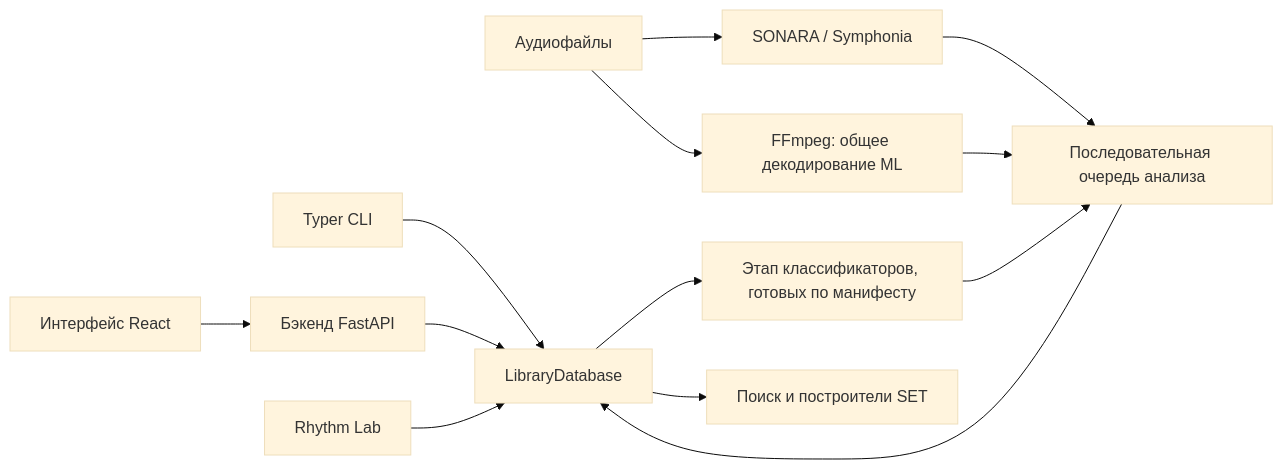
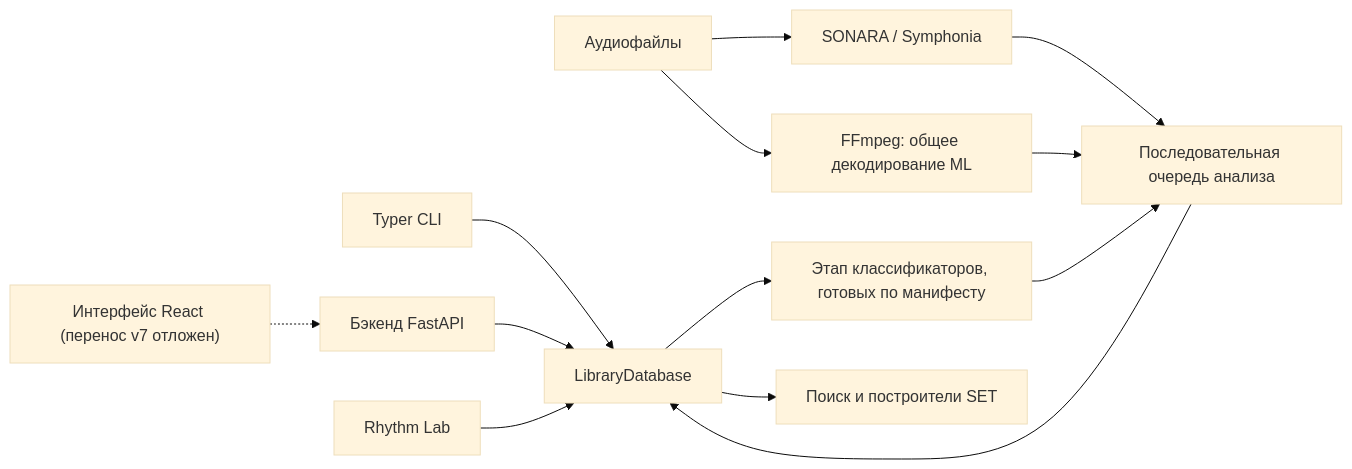
Before and after one commit to MeteorBurn/dj-track-similarity: the diagram in docs/dj-track-similarity/ru/developer/architecture.md, drawn with Mermaid (base theme). The commit also changed other lines of this file and 286 other files, not shown here.

Commit message:
Activate greenfield v7 storage architecture

````diff
--- a/docs/dj-track-similarity/ru/developer/architecture.md
+++ b/docs/dj-track-similarity/ru/developer/architecture.md
@@ -9,15 +9,15 @@
 ```mermaid
 flowchart LR
     CLI[Typer CLI] --> DB[LibraryDatabase]
     API[Бэкенд FastAPI] --> DB
-    UI[Интерфейс React] --> API
+    UI["Интерфейс React (перенос v7 отложен)"] -.-> API
     Audio[Аудиофайлы] --> Sonara[SONARA / Symphonia]
     Audio --> FFmpeg[FFmpeg: общее декодирование ML]
     Sonara --> Queue[Последовательная очередь анализа]
     FFmpeg --> Queue
     Queue --> DB
     DB --> Classifiers[Этап классификаторов, готовых по манифесту]
     Classifiers --> Queue
     DB --> Search[Поиск и построители SET]
     Lab[Rhythm Lab] --> DB
 ```
````
